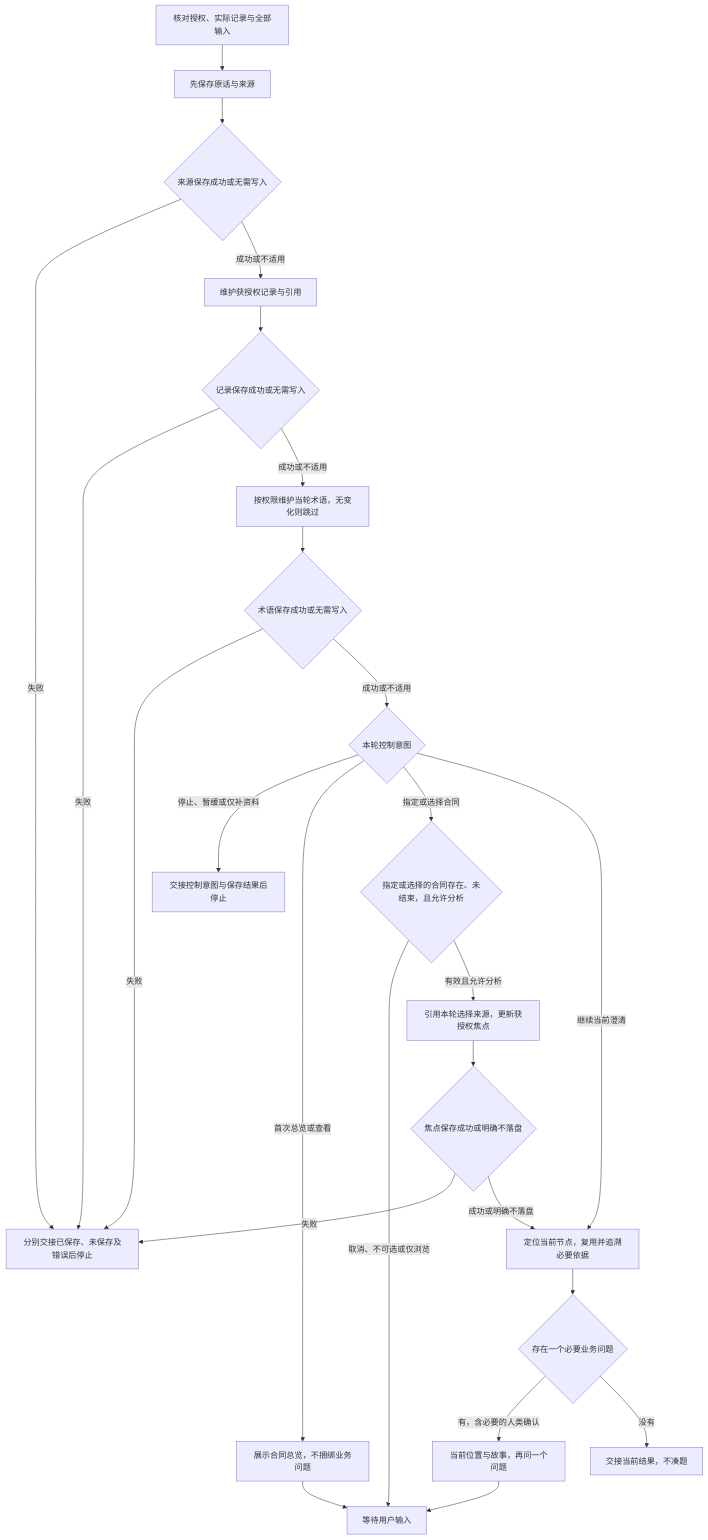
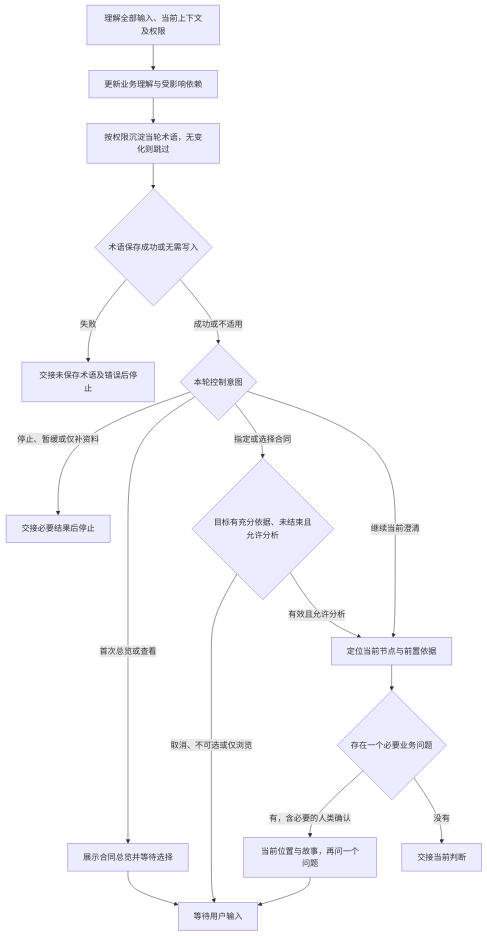
Before and after one commit to JayClock/Evidence-Framework: the diagram in .agents/skills/evidence-discovery/references/interview.md, drawn with Mermaid. The commit also changed other lines of this file and 56 other files, not shown here.

````diff
--- a/.agents/skills/evidence-discovery/references/interview.md
+++ b/.agents/skills/evidence-discovery/references/interview.md
@@ -9,46 +9,33 @@
 ```mermaid
 flowchart TD
-    input[核对授权、实际记录与全部输入]
-    source[先保存原话与来源]
-    sourceSaved{来源保存成功或无需写入}
-    record[维护获授权记录与引用]
-    recordSaved{记录保存成功或无需写入}
-    language[按权限维护当轮术语，无变化则跳过]
+    input[理解全部输入、当前上下文及权限]
+    understanding[更新业务理解与受影响依赖]
+    language[按权限沉淀当轮术语，无变化则跳过]
     languageSaved{术语保存成功或无需写入}
     control{本轮控制意图}
-    navigation[展示合同总览，不捆绑业务问题]
-    selection{指定或选择的合同存在、未结束，且允许分析}
-    selectSave[引用本轮选择来源，更新获授权焦点]
-    selectSaved{焦点保存成功或明确不落盘}
-    focus[定位当前节点，复用并追溯必要依据]
+    navigation[展示合同总览并等待选择]
+    selection{目标有充分依据、未结束且允许分析}
+    focus[定位当前节点与前置依据]
     needed{存在一个必要业务问题}
     question[当前位置与故事，再问一个问题]
-    failed[分别交接已保存、未保存及错误后停止]
-    stop[交接控制意图与保存结果后停止]
-    handoff[交接当前结果，不凑题]
+    failed[交接未保存术语及错误后停止]
+    stop[交接必要结果后停止]
+    handoff[交接当前判断]
     wait[等待用户输入]
-    input --> source
-    source --> sourceSaved
-    sourceSaved -->|失败| failed
-    sourceSaved -->|成功或不适用| record
-    record --> recordSaved
-    recordSaved -->|失败| failed
-    recordSaved -->|成功或不适用| language
+    input --> understanding
+    understanding --> language
     language --> languageSaved
     languageSaved -->|失败| failed
     languageSaved -->|成功或不适用| control
     control -->|停止、暂缓或仅补资料| stop
     control -->|首次总览或查看| navigation
     control -->|指定或选择合同| selection
     control -->|继续当前澄清| focus
     navigation --> wait
     selection -->|取消、不可选或仅浏览| wait
-    selection -->|有效且允许分析| selectSave
-    selectSave --> selectSaved
-    selectSaved -->|失败| failed
-    selectSaved -->|成功或明确不落盘| focus
+    selection -->|有效且允许分析| focus
     focus --> needed
     needed -->|有，含必要的人类确认| question
     needed -->|没有| handoff
     question --> wait
 ```
````
